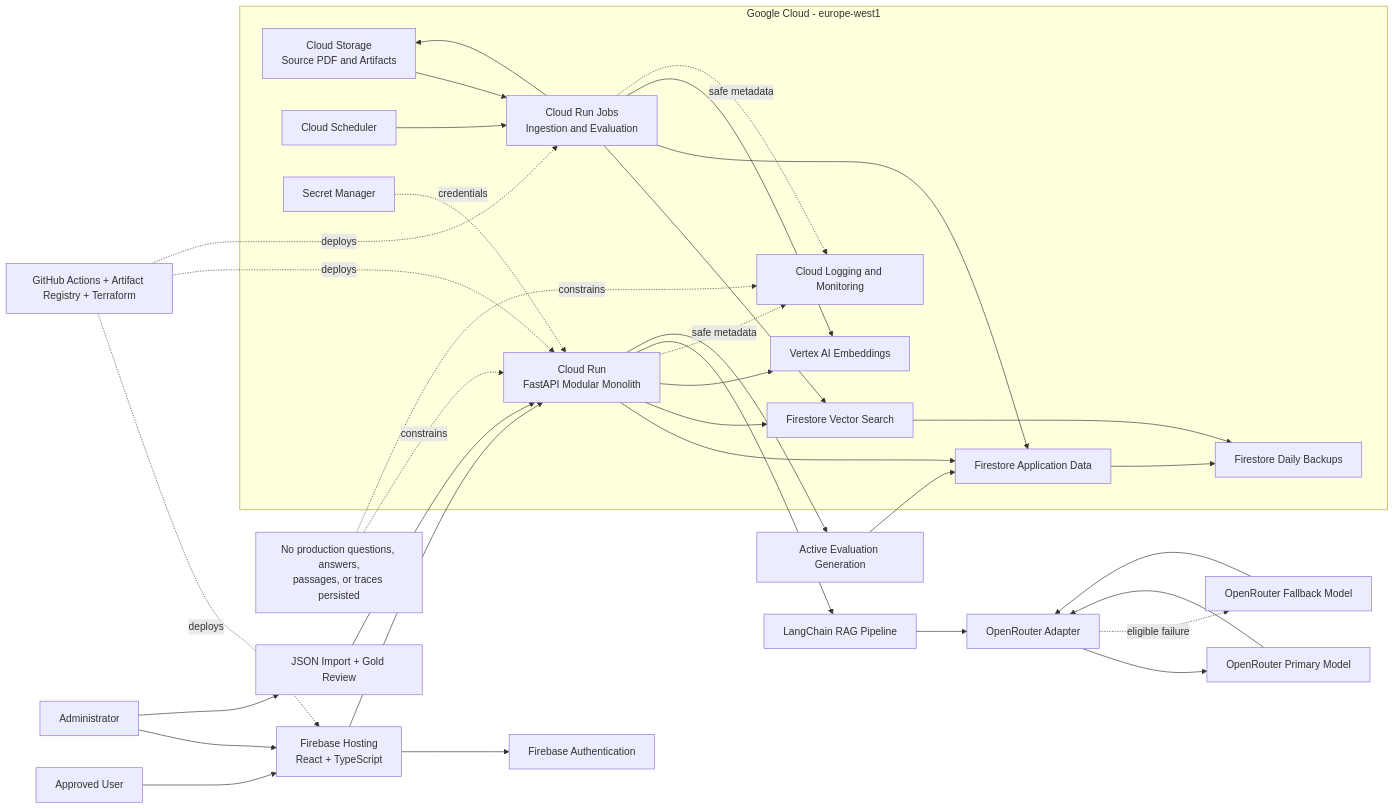
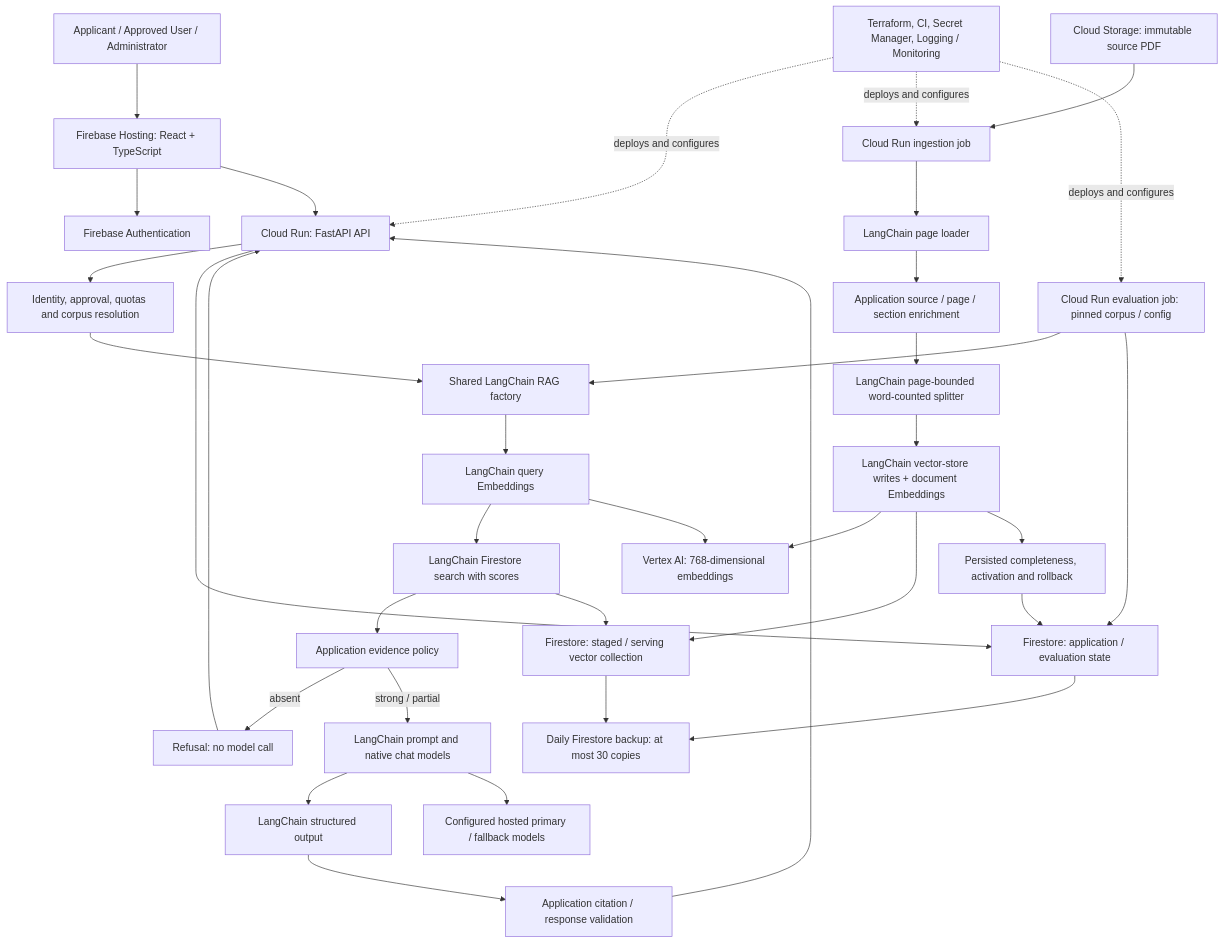
One commit to issacamara/dmbok-compass changed the diagram in documents/ARCHITECTURE.md. Above: the diagram before and after it, drawn with Mermaid. The commit also changed other lines of this file and 23 other files, not shown here.

Commit message:
Validate LangChain Firestore compatibility candidate

````diff
--- a/documents/ARCHITECTURE.md
+++ b/documents/ARCHITECTURE.md
@@ -101,42 +136,37 @@
 ```mermaid
-flowchart LR
-    User[Approved User] --> Web[Firebase Hosting<br/>React + TypeScript]
-    Admin[Administrator] --> Web
+flowchart TB
+    User[Applicant / Approved User / Administrator] --> Web[Firebase Hosting: React + TypeScript]
     Web --> Auth[Firebase Authentication]
-    Web --> API[Cloud Run<br/>FastAPI Modular Monolith]
-
-    subgraph GCP[Google Cloud - europe-west1]
-        API --> AppData[Firestore Application Data]
-        API --> Vector[Firestore Vector Search]
-        API --> Embed[Vertex AI Embeddings]
-        Storage[Cloud Storage<br/>Source PDF and Artifacts] --> Job[Cloud Run Jobs<br/>Ingestion and Evaluation]
-        Scheduler[Cloud Scheduler] --> Job
-        Job --> Storage
-        Job --> Vector
-        Job --> AppData
-        Job --> Embed
-        Secrets[Secret Manager] -. credentials .-> API
-        API -. safe metadata .-> Ops[Cloud Logging and Monitoring]
-        Job -. safe metadata .-> Ops
-        AppData --> Backup[Firestore Daily Backups]
-        Vector --> Backup
-    end
-
-    Admin --> Import[JSON Import + Gold Review]
-    Import --> API
-    API --> RAG[LangChain RAG Pipeline]
-    RAG --> Adapter[OpenRouter Adapter]
-    Adapter --> Primary[OpenRouter Primary Model]
-    Adapter -. eligible failure .-> Fallback[OpenRouter Fallback Model]
-    Primary --> Adapter
-    Fallback --> Adapter
-    API --> Active[Active Evaluation Generation]
-    Active --> AppData
-
-    Build[GitHub Actions + Artifact Registry + Terraform] -. deploys .-> Web
-    Build -. deploys .-> API
-    Build -. deploys .-> Job
-
-    Privacy[No production questions, answers,<br/>passages, or traces persisted] -. constrains .-> API
-    Privacy -. constrains .-> Ops
+    Web --> API[Cloud Run: FastAPI API]
+    API --> Guard[Identity, approval, quotas and corpus resolution]
+    Guard --> Chain[Shared LangChain RAG factory]
+    Chain --> Query[LangChain query Embeddings]
+    Query --> Retrieval[LangChain Firestore search with scores]
+    Retrieval --> Evidence[Application evidence policy]
+    Evidence -->|absent| Refusal[Refusal: no model call]
+    Evidence -->|strong / partial| Prompt[LangChain prompt and native chat models]
+    Prompt --> Output[LangChain structured output]
+    Output --> Citations[Application citation / response validation]
+    Citations --> API
+    Refusal --> API
+    Prompt --> Models[Configured hosted primary / fallback models]
+    Query --> Vertex[Vertex AI: 768-dimensional embeddings]
+    Retrieval --> Vectors[Firestore: staged / serving vector collection]
+    API --> Data[Firestore: application / evaluation state]
+    Source[Cloud Storage: immutable source PDF] --> Job[Cloud Run ingestion job]
+    Job --> Loader[LangChain page loader]
+    Loader --> Provenance[Application source / page / section enrichment]
+    Provenance --> Splitter[LangChain page-bounded word-counted splitter]
+    Splitter --> Writes[LangChain vector-store writes + document Embeddings]
+    Writes --> Vertex
+    Writes --> Vectors
+    Writes --> Lifecycle[Persisted completeness, activation and rollback]
+    Lifecycle --> Data
+    Eval[Cloud Run evaluation job: pinned corpus / config] --> Chain
+    Eval --> Data
+    Platform[Terraform, CI, Secret Manager, Logging / Monitoring] -. deploys and configures .-> API
+    Platform -. deploys and configures .-> Job
+    Platform -. deploys and configures .-> Eval
+    Data --> Backup[Daily Firestore backup: at most 30 copies]
+    Vectors --> Backup
 ```
````
